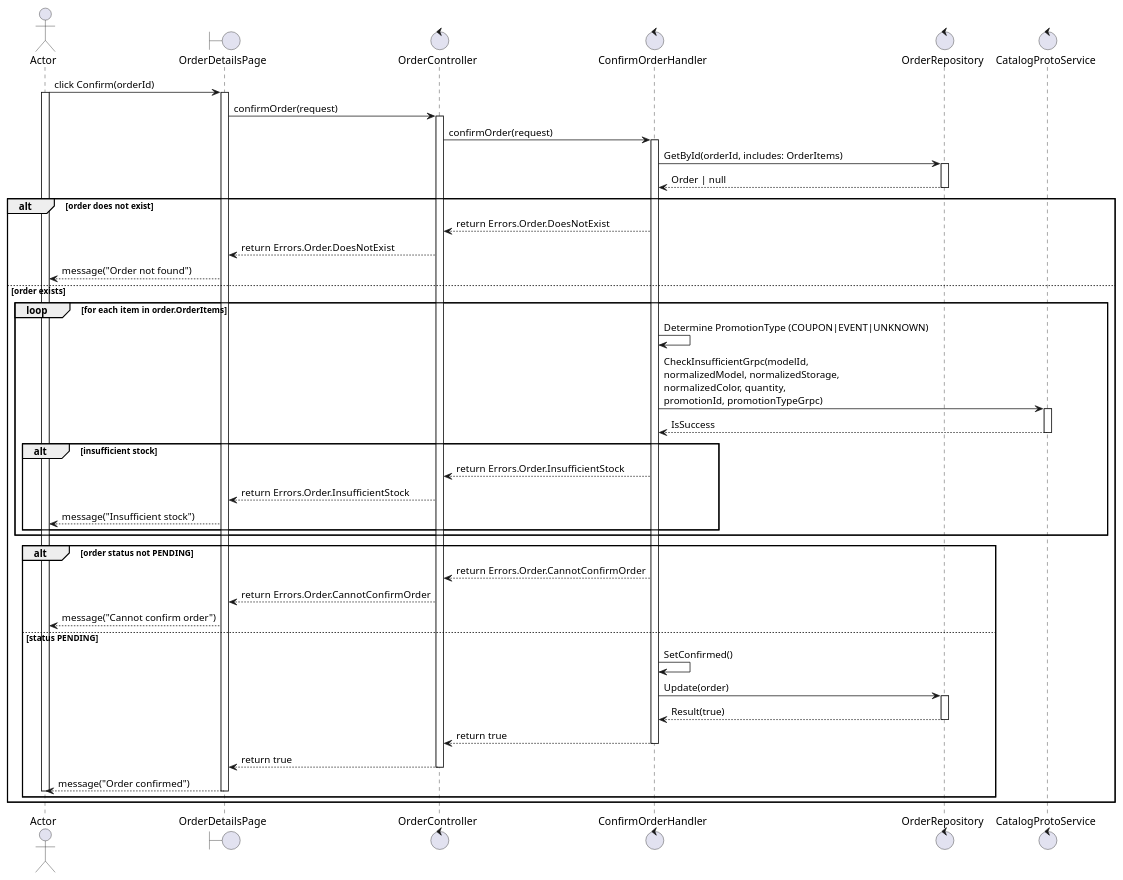
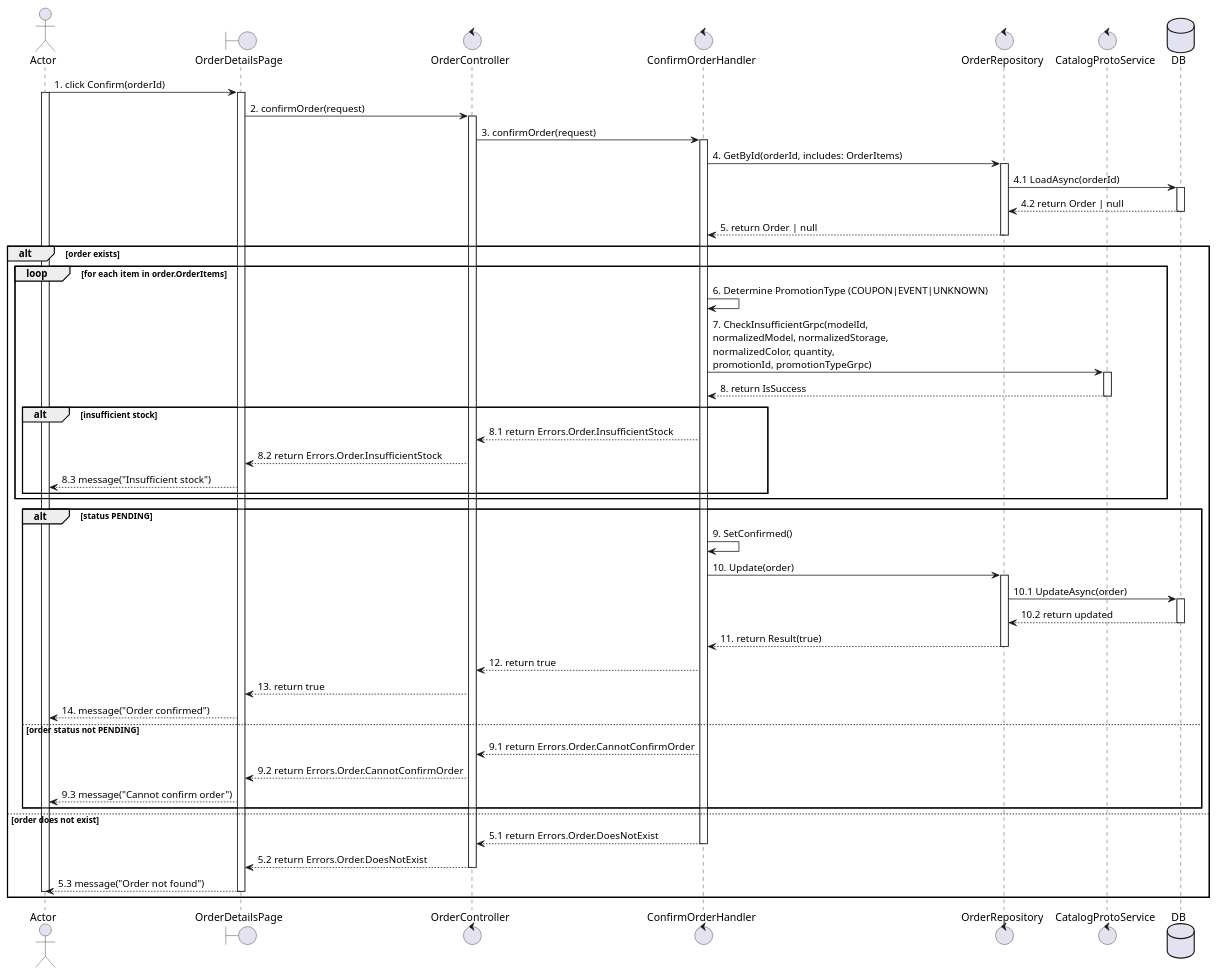
One commit to Young-Z-Generation-YZG/your-comfort-my-apple changed the diagram in docs/usecases/UC27_confirm-order.plantuml. Above: the diagram before and after it, drawn with PlantUML. The commit also changed 2 other files, not shown here.

```diff
--- a/docs/usecases/UC27_confirm-order.plantuml
+++ b/docs/usecases/UC27_confirm-order.plantuml
@@ -1,63 +1,72 @@
-@startuml UC31_confirm_order
+@startuml UC27_confirm_order
 actor Actor
 boundary OrderDetailsPage
 control OrderController
 control ConfirmOrderHandler
 control OrderRepository
 control CatalogProtoService
+database DB
 
-Actor -> OrderDetailsPage: click Confirm(orderId)
+Actor -> OrderDetailsPage: 1. click Confirm(orderId)
 activate Actor
 activate OrderDetailsPage
 
-OrderDetailsPage -> OrderController: confirmOrder(request)
+OrderDetailsPage -> OrderController: 2. confirmOrder(request)
 activate OrderController
 
-OrderController -> ConfirmOrderHandler: confirmOrder(request)
+OrderController -> ConfirmOrderHandler: 3. confirmOrder(request)
 activate ConfirmOrderHandler
 
-ConfirmOrderHandler -> OrderRepository: GetById(orderId, includes: OrderItems)
+ConfirmOrderHandler -> OrderRepository: 4. GetById(orderId, includes: OrderItems)
 activate OrderRepository
-OrderRepository --> ConfirmOrderHandler: Order | null
+OrderRepository -> DB: 4.1 LoadAsync(orderId)
+activate DB
+DB --> OrderRepository: 4.2 return Order | null
+deactivate DB
+OrderRepository --> ConfirmOrderHandler: 5. return Order | null
 deactivate OrderRepository
 
-alt order does not exist
-    ConfirmOrderHandler --> OrderController: return Errors.Order.DoesNotExist
-    OrderController --> OrderDetailsPage: return Errors.Order.DoesNotExist
-    OrderDetailsPage --> Actor: message("Order not found")
-else order exists
+alt order exists
     loop for each item in order.OrderItems
-        ConfirmOrderHandler -> ConfirmOrderHandler: Determine PromotionType (COUPON|EVENT|UNKNOWN)
-        ConfirmOrderHandler -> CatalogProtoService: CheckInsufficientGrpc(modelId,\nnormalizedModel, normalizedStorage,\nnormalizedColor, quantity,\npromotionId, promotionTypeGrpc)
+        ConfirmOrderHandler -> ConfirmOrderHandler: 6. Determine PromotionType (COUPON|EVENT|UNKNOWN)
+        ConfirmOrderHandler -> CatalogProtoService: 7. CheckInsufficientGrpc(modelId,\nnormalizedModel, normalizedStorage,\nnormalizedColor, quantity,\npromotionId, promotionTypeGrpc)
         activate CatalogProtoService
-        CatalogProtoService --> ConfirmOrderHandler: IsSuccess
+        CatalogProtoService --> ConfirmOrderHandler: 8. return IsSuccess
         deactivate CatalogProtoService
 
         alt insufficient stock
-            ConfirmOrderHandler --> OrderController: return Errors.Order.InsufficientStock
-            OrderController --> OrderDetailsPage: return Errors.Order.InsufficientStock
-            OrderDetailsPage --> Actor: message("Insufficient stock")
+            ConfirmOrderHandler --> OrderController: 8.1 return Errors.Order.InsufficientStock
+            OrderController --> OrderDetailsPage: 8.2 return Errors.Order.InsufficientStock
+            OrderDetailsPage --> Actor: 8.3 message("Insufficient stock")
         end
     end
 
-    alt order status not PENDING
-        ConfirmOrderHandler --> OrderController: return Errors.Order.CannotConfirmOrder
-        OrderController --> OrderDetailsPage: return Errors.Order.CannotConfirmOrder
-        OrderDetailsPage --> Actor: message("Cannot confirm order")
-    else status PENDING
-        ConfirmOrderHandler -> ConfirmOrderHandler: SetConfirmed()
-        ConfirmOrderHandler -> OrderRepository: Update(order)
+    alt status PENDING
+        ConfirmOrderHandler -> ConfirmOrderHandler: 9. SetConfirmed()
+        ConfirmOrderHandler -> OrderRepository: 10. Update(order)
         activate OrderRepository
-        OrderRepository --> ConfirmOrderHandler: Result(true)
+        OrderRepository -> DB: 10.1 UpdateAsync(order)
+        activate DB
+        DB --> OrderRepository: 10.2 return updated
+        deactivate DB
+        OrderRepository --> ConfirmOrderHandler: 11. return Result(true)
         deactivate OrderRepository
-        ConfirmOrderHandler --> OrderController: return true
-        deactivate ConfirmOrderHandler
-        OrderController --> OrderDetailsPage: return true
-        deactivate OrderController
-        OrderDetailsPage --> Actor: message("Order confirmed")
-        deactivate OrderDetailsPage
-        deactivate Actor
+        ConfirmOrderHandler --> OrderController: 12. return true
+        OrderController --> OrderDetailsPage: 13. return true
+        OrderDetailsPage --> Actor: 14. message("Order confirmed")
+    else order status not PENDING
+        ConfirmOrderHandler --> OrderController: 9.1 return Errors.Order.CannotConfirmOrder
+        OrderController --> OrderDetailsPage: 9.2 return Errors.Order.CannotConfirmOrder
+        OrderDetailsPage --> Actor: 9.3 message("Cannot confirm order")
     end
+else order does not exist
+    ConfirmOrderHandler --> OrderController: 5.1 return Errors.Order.DoesNotExist
+    deactivate ConfirmOrderHandler
+    OrderController --> OrderDetailsPage: 5.2 return Errors.Order.DoesNotExist
+    deactivate OrderController
+    OrderDetailsPage --> Actor: 5.3 message("Order not found")
+    deactivate OrderDetailsPage
+    deactivate Actor
 end
 
 @enduml
```
